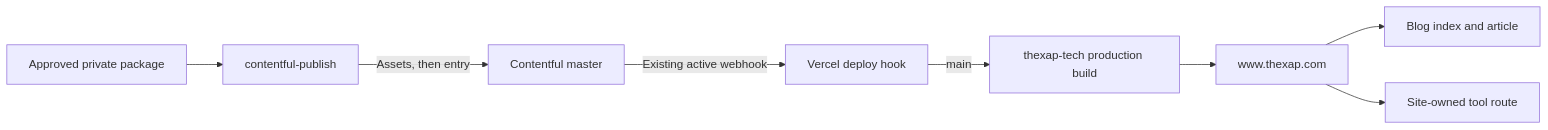
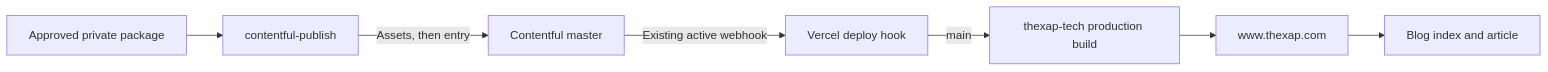
The diagram in docs/publishing/contentful-vercel-release-runbook.md (xap5xap/thexap_tech), drawn with Mermaid before and after one commit. The commit also changed other lines of this file and 14 other files, not shown here.

````diff
--- a/docs/publishing/contentful-vercel-release-runbook.md
+++ b/docs/publishing/contentful-vercel-release-runbook.md
@@ -32,10 +32,9 @@
 ```mermaid
 flowchart LR
     A[Approved private package] --> P[contentful-publish]
     P -->|Assets, then entry| C[Contentful master]
     C -->|Existing active webhook| H[Vercel deploy hook]
     H -->|main| V[thexap-tech production build]
     V --> W[www.thexap.com]
     W --> B[Blog index and article]
-    W --> T[Site-owned tool route]
 ```
````
